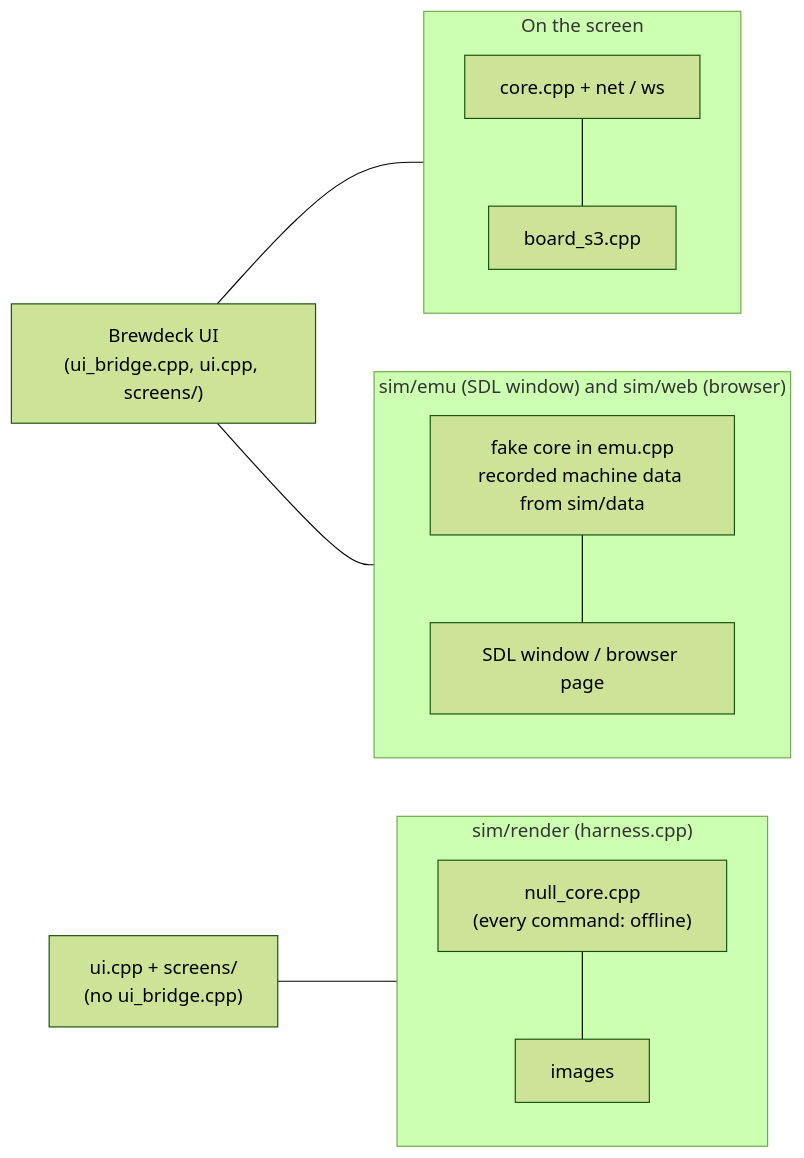
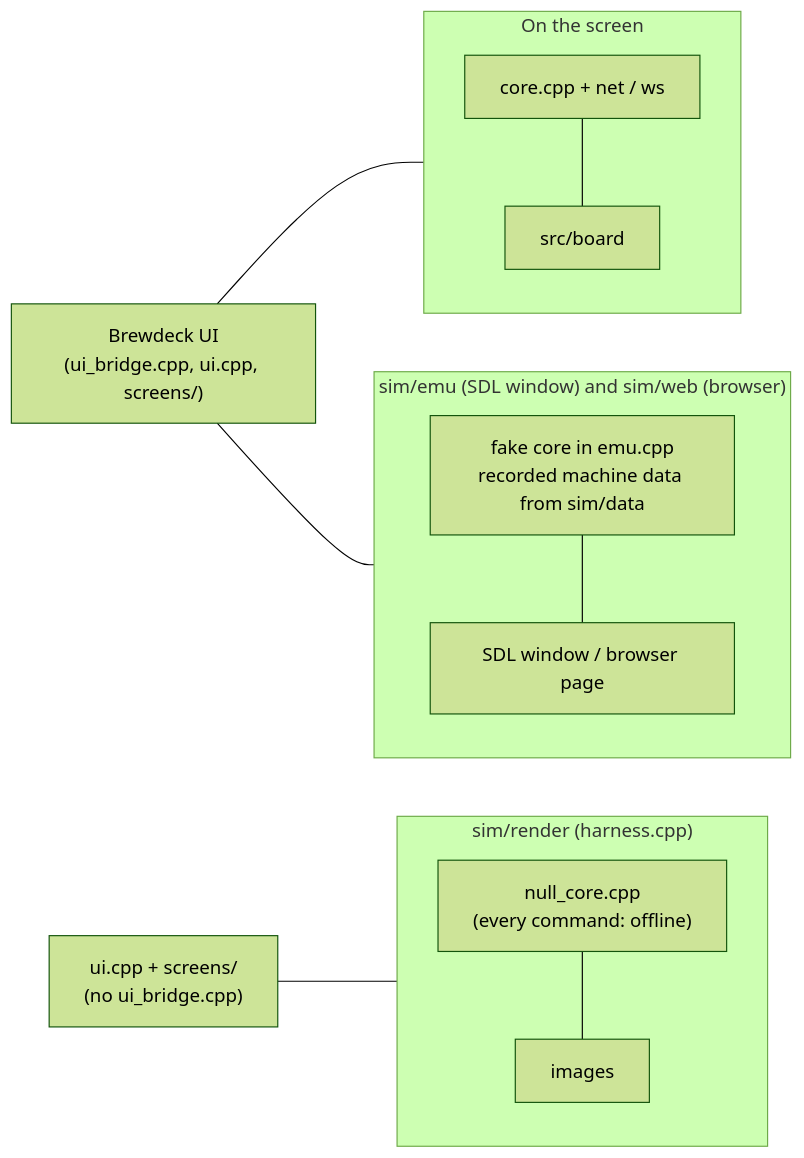
One commit to pongells/brewdeck changed the second of 2 diagrams in docs/architecture.md. Above: the diagram before and after it, drawn with Mermaid (forest theme). The commit also changed other lines of this file and 25 other files, not shown here.

````diff
--- a/docs/architecture.md
+++ b/docs/architecture.md
@@ -88,16 +89,16 @@
 ```mermaid
 flowchart LR
   ui["Brewdeck UI<br/>(ui_bridge.cpp, ui.cpp, screens/)"]
   subgraph dev["On the screen"]
-    c1["core.cpp + net / ws"] --- b1["board_s3.cpp"]
+    c1["core.cpp + net / ws"] --- b1["src/board"]
   end
   subgraph emu["sim/emu (SDL window) and sim/web (browser)"]
     c2["fake core in emu.cpp<br/>recorded machine data from sim/data"] --- b2["SDL window / browser page"]
   end
   subgraph render["sim/render (harness.cpp)"]
     c3["null_core.cpp<br/>(every command: offline)"] --- b3["images"]
   end
   ui --- dev
   ui --- emu
   screensonly["ui.cpp + screens/<br/>(no ui_bridge.cpp)"] --- render
 ```
````
